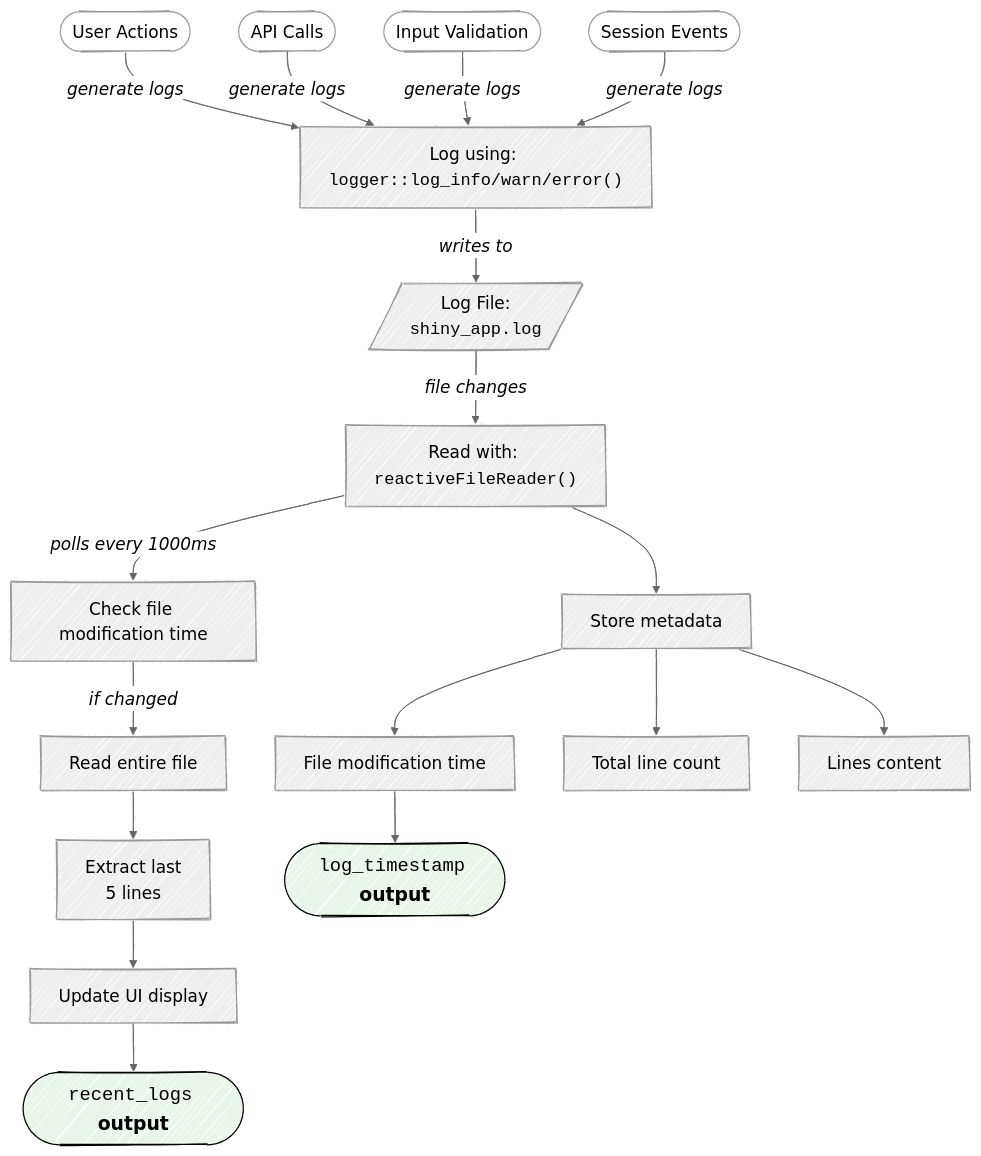
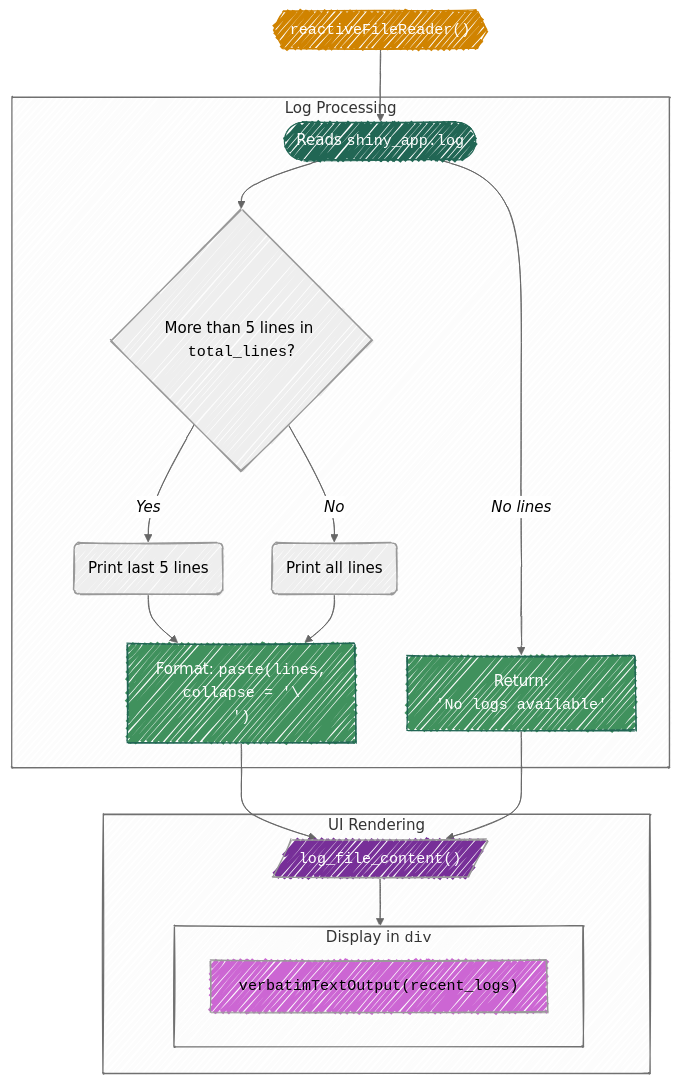
The third of 3 diagrams in app-log-r.qmd (mjfrigaard/do4ds-labs), drawn with Mermaid before and after one commit. The commit also changed other lines of this file and 26 other files, not shown here.

````diff
--- a/app-log-r.qmd
+++ b/app-log-r.qmd
@@ -298,36 +556,47 @@
 ```{mermaid}
-%%| fig-cap: 'Logging in Server'
+%%| fig-cap: 'Displaying logs'
 %%| fig-align: center
-%%{init: {'theme': 'neutral', 'look': 'handDrawn', 'themeVariables': { 'fontFamily': 'monospace', "fontSize":"18px"}}}%%
+%%| fig-width: 7.0
+%%{init: {'theme': 'neutral', 'look': 'handDrawn', 'themeVariables': { 'fontFamily': 'monospace'}}}%%
 
-graph TD
-    A[/"Log File: <br><code>shiny_app.log</code>"/] -->|"<em>file changes</em>"| B["Read with: <br><code>reactiveFileReader()</code>"]
-    B -->|"<em>polls every 1000ms</em>"| C["Check file modification time"]
-    C -->|"<em>if changed</em>"| D["Read entire file"]
-    D --> E["Extract last<br>5 lines"]
-    E --> F["Update UI display"]
-    
-    G(["User Actions"]) -->|"<em>generate logs</em>"| H["Log using: <br><code>logger::log_info/warn/error()</code>"]
-    H -->|"<em>writes to</em>"| A
-    
-    I(["API Calls"]) -->|"<em>generate logs</em>"| H
-    J(["Input Validation"]) -->|"<em>generate logs</em>"| H
-    K(["Session Events"]) -->|"<em>generate logs</em>"| H
-    
-    B --> L["Store metadata"]
-    L --> M["File modification time"]
-    L --> N["Total line count"]
-    L --> O["Lines content"]
-    
-    F --> P(["<code>recent_logs</code> <strong>output</strong>"])
-    M --> Q(["<code>log_timestamp</code> <strong>output</strong>"])
-    
-    style G fill:#FFF,color:#000,rx:20,ry:20,font-size:18px
-    style I fill:#FFF,color:#000,rx:20,ry:20,font-size:18px
-    style J fill:#FFF,color:#000,rx:20,ry:20,font-size:18px
-    style K fill:#FFF,color:#000,rx:20,ry:20,font-size:18px
-    
-    style P fill:#e8f5e8,stroke:#000,color:#000,font-size:20px
-    style Q fill:#e8f5e8,stroke:#000,color:#000,font-size:20px
-    
+flowchart TD
+
+  A{{"<code>reactiveFileReader()</code> "}}
+
+ subgraph LogProc["Log Processing"]
+        H(["Reads <code>shiny_app.log</code>"])
+        I{"More than 5 lines in <code>total_lines</code>?"}
+        J("Print last 5 lines")
+        K("Print all lines")
+        L["Format: <code>paste(lines,</code><br><code>collapse = '\\n')</code>"]
+        M["Return:<br><code>'No logs available'</code>"]
+  end
+
+    A --> H
+    H --> I
+    I -- "<em>Yes</em" --> J
+    I -- "<em>No</em>" --> K
+    J --> L
+    K --> L
+    H -- "<em>No lines</em>"--> M
+
+ subgraph UI["UI Rendering"]
+	 N[/"<code>log_file_content()</code>"/]
+	 subgraph P["Display in <code>div</code>"]
+		 O["<code>verbatimTextOutput(recent_logs)</code>"]
+	 end
+  end
+  
+  L & M --> N
+  N --> P
+
+  style A fill:#d08300,stroke:#d08300,color:#ffffff,rx:12,ry:12,text-align:center
+  style H fill:#216654,stroke:#216654,color:#ffffff,rx:12,ry:12,text-align:center
+  
+  style L fill:#40915d,stroke:#216654,color:#ffffff,rx:12,ry:12
+  style M fill:#40915d,stroke:#216654,color:#ffffff,rx:12,ry:12
+  
+  style N fill:#772f98,color:#fff,text-align:center
+  style O fill:#cc66d3,color:000,text-align:center
+
 ```
````
